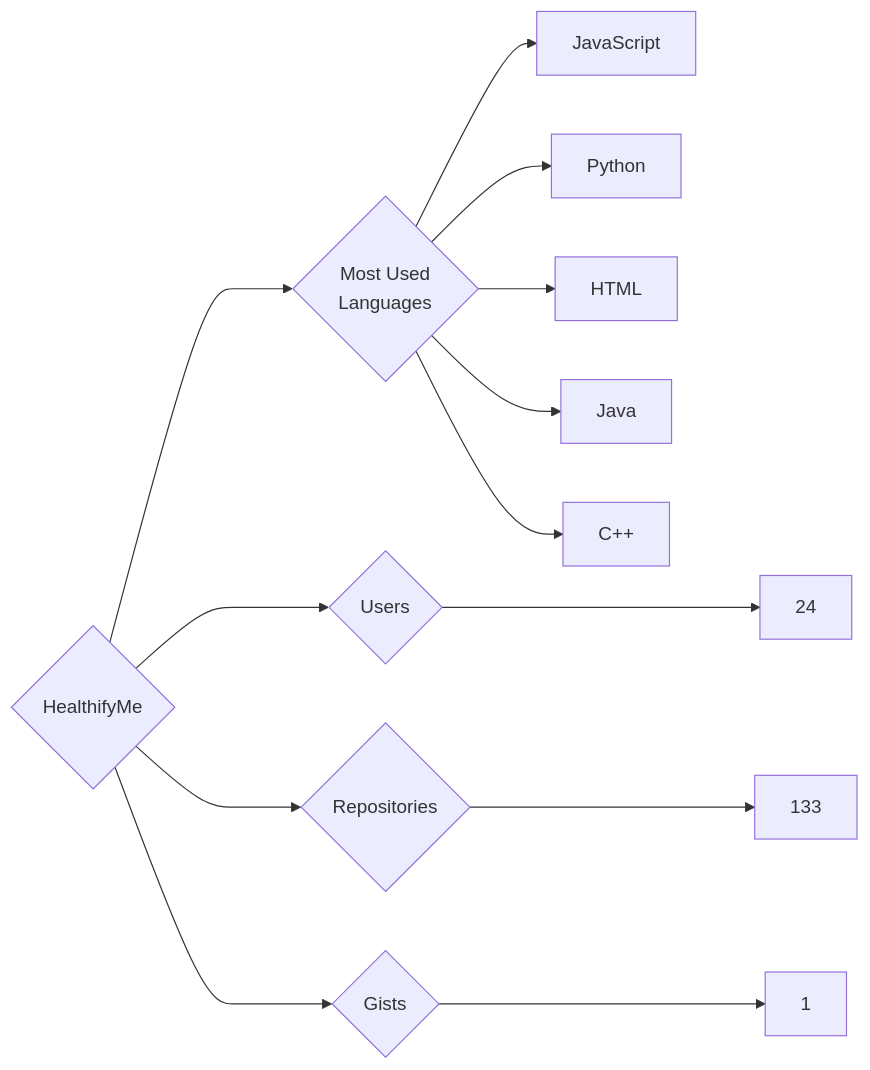
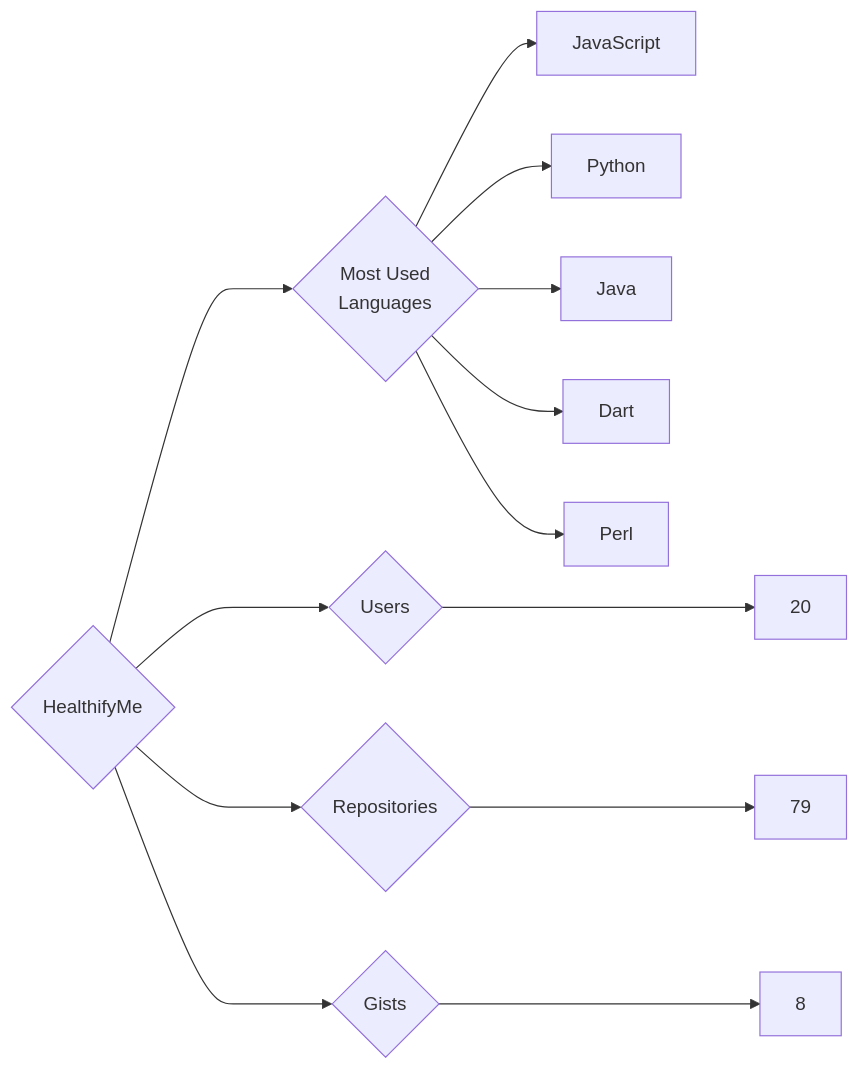
The diagram in targets/HealthifyMe/README.md (trickest/insiders), drawn with Mermaid before and after one commit. The commit also changed 545 other files, not shown here.

````diff
--- a/targets/HealthifyMe/README.md
+++ b/targets/HealthifyMe/README.md
@@ -3,13 +3,13 @@
 ```mermaid
 graph LR
 COMPANY_NAME{HealthifyMe}
-COMPANY_NAME ---> U{Users} ---> UN[24]
-COMPANY_NAME ---> R{Repositories} ---> RN[133]
-COMPANY_NAME ---> G{Gists} ---> GN[1]
+COMPANY_NAME ---> U{Users} ---> UN[20]
+COMPANY_NAME ---> R{Repositories} ---> RN[79]
+COMPANY_NAME ---> G{Gists} ---> GN[8]
 COMPANY_NAME ---> ML{Most Used<br>Languages}
 ML --> JavaScript[JavaScript]
 ML --> Python[Python]
-ML --> HTML[HTML]
 ML --> Java[Java]
-ML --> C++[C++]
+ML --> Dart[Dart]
+ML --> Perl[Perl]
 ```
````
